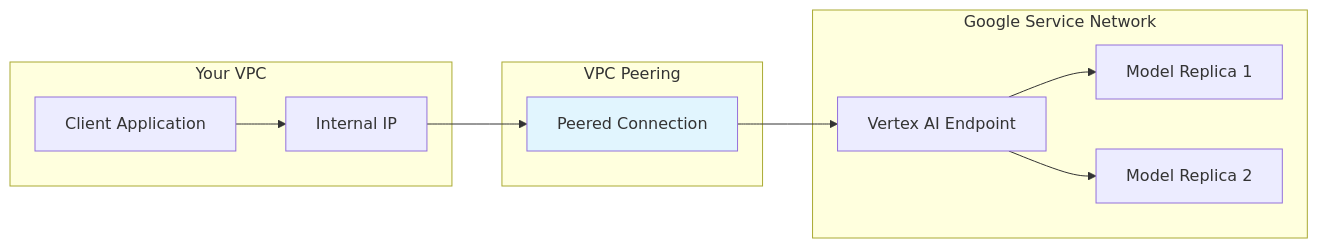
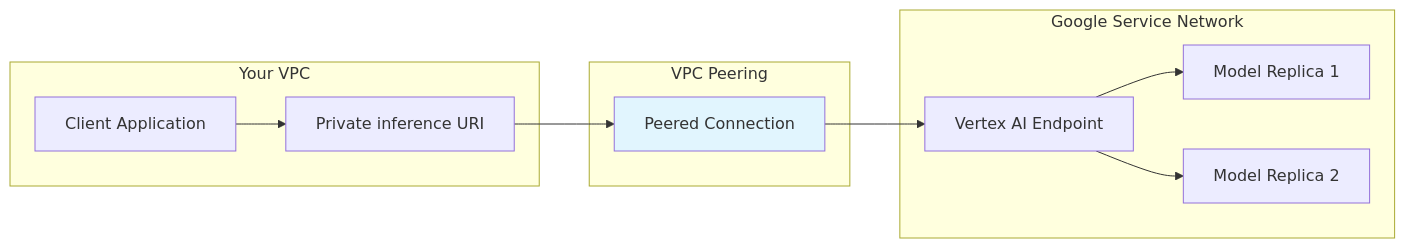
One commit to OneUptime/blog changed the diagram in posts/2026-02-17-how-to-implement-private-endpoints-for-vertex-ai-prediction-with-vpc-peering/README.md. Above: the diagram before and after it, drawn with Mermaid. The commit also changed other lines of this file and 2 other files, not shown here.

Commit message:
validate: 2026-02-17-how-to-implement-private-endpoints-for-vertex-ai-prediction-with-vpc-peering

````diff
--- a/posts/2026-02-17-how-to-implement-private-endpoints-for-vertex-ai-prediction-with-vpc-peering/README.md
+++ b/posts/2026-02-17-how-to-implement-private-endpoints-for-vertex-ai-prediction-with-vpc-peering/README.md
@@ -19,18 +19,18 @@
 ```mermaid
 graph LR
     subgraph "Your VPC"
-        A[Client Application] --> B[Internal IP]
+        A[Client Application] --> B[Private inference URI]
     end
 
     subgraph "VPC Peering"
         B --> C[Peered Connection]
     end
 
     subgraph "Google Service Network"
         C --> D[Vertex AI Endpoint]
         D --> E[Model Replica 1]
         D --> F[Model Replica 2]
     end
 
     style C fill:#e1f5fe
 ```
````
